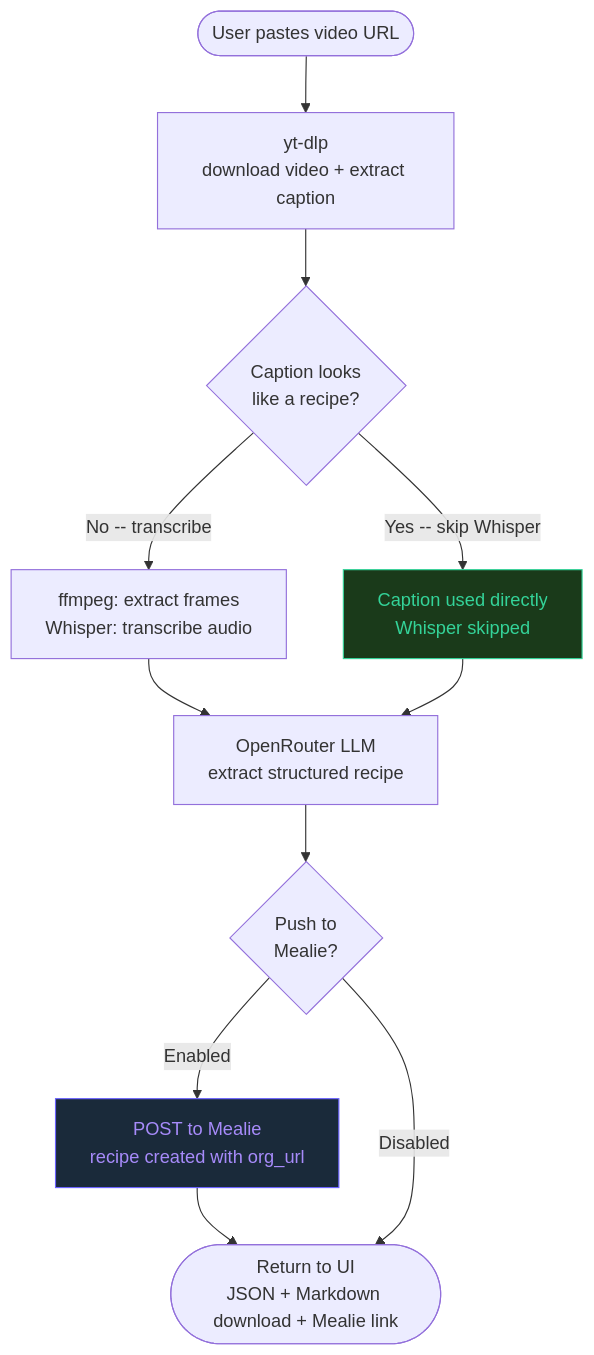
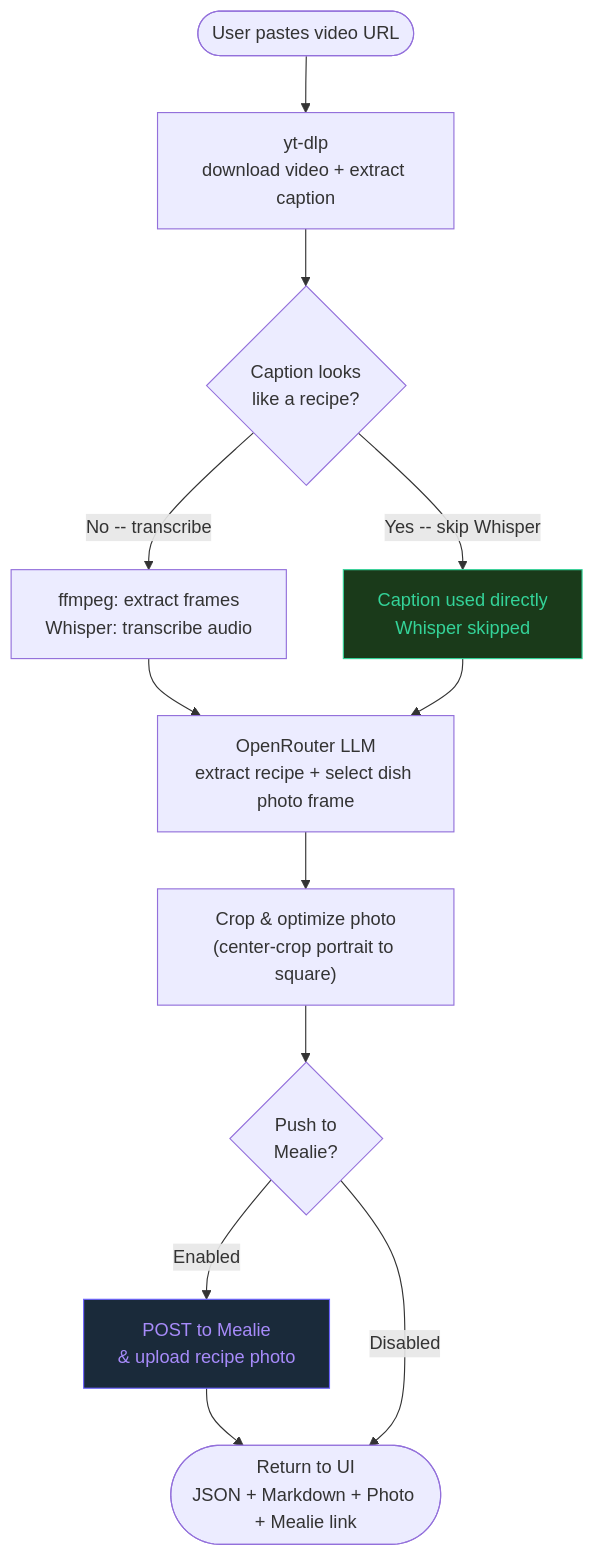
The first of 2 diagrams in README.md (leshicodes/SousVid), drawn with Mermaid before and after one commit. The commit also changed other lines of this file, not shown here.

````diff
--- a/README.md
+++ b/README.md
@@ -11,25 +11,27 @@
 ```mermaid
 flowchart TD
     A(["User pastes video URL"])
     B["yt-dlp\ndownload video + extract caption"]
     C{"Caption looks\nlike a recipe?"}
     D["ffmpeg: extract frames\n Whisper: transcribe audio"]
     E["Caption used directly\n Whisper skipped"]
-    F["OpenRouter LLM\nextract structured recipe"]
-    G{"Push to\nMealie?"}
-    H["POST to Mealie\nrecipe created with org_url"]
-    I(["Return to UI\nJSON + Markdown download + Mealie link"])
+    F["OpenRouter LLM\nextract recipe + select dish photo frame"]
+    G["Crop & optimize photo\n(center-crop portrait to square)"]
+    H{"Push to\nMealie?"}
+    I["POST to Mealie\n& upload recipe photo"]
+    J(["Return to UI\nJSON + Markdown + Photo + Mealie link"])
 
     A --> B
     B --> C
     C -->|"No -- transcribe"| D
     C -->|"Yes -- skip Whisper"| E
     D --> F
     E --> F
     F --> G
-    G -->|"Enabled"| H --> I
-    G -->|"Disabled"| I
+    G --> H
+    H -->|"Enabled"| I --> J
+    H -->|"Disabled"| J
 
     style E fill:#1a3a1a,stroke:#34d399,color:#34d399
-    style H fill:#1a2a3a,stroke:#6c63ff,color:#a78bfa
+    style I fill:#1a2a3a,stroke:#6c63ff,color:#a78bfa
 ```
````
